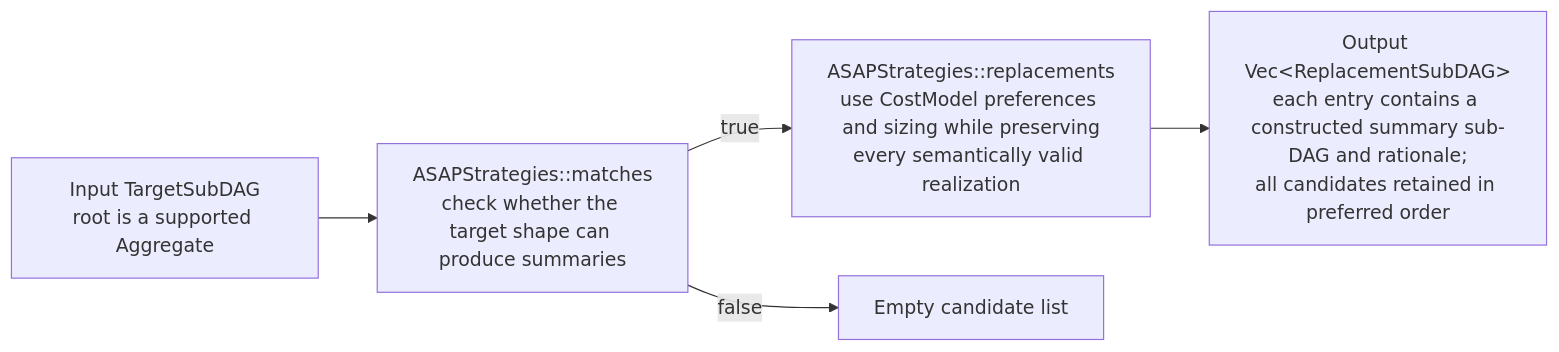
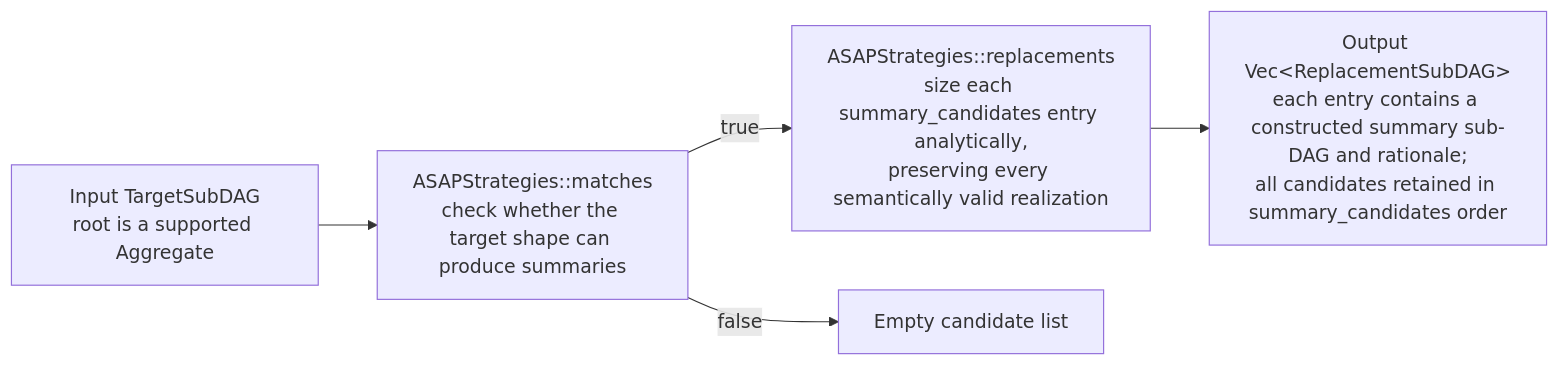
Before and after one commit to ProjectASAP/ASAPPlanner: the first of 3 diagrams in docs/develop_docs/extend-asap-aware-mapping.md, drawn with Mermaid. The commit also changed other lines of this file and 6 other files, not shown here.

````diff
--- a/docs/develop_docs/extend-asap-aware-mapping.md
+++ b/docs/develop_docs/extend-asap-aware-mapping.md
@@ -252,7 +246,7 @@
 ```mermaid
 flowchart LR
   A["Input TargetSubDAG<br/>root is a supported Aggregate"] --> B["ASAPStrategies::matches<br/>check whether the target shape can produce summaries"]
-  B -->|"true"| C["ASAPStrategies::replacements<br/>use CostModel preferences and sizing while preserving<br/>every semantically valid realization"]
+  B -->|"true"| C["ASAPStrategies::replacements<br/>size each summary_candidates entry analytically,<br/>preserving every semantically valid realization"]
   B -->|"false"| NONE["Empty candidate list"]
-  C --> F["Output Vec&lt;ReplacementSubDAG&gt;<br/>each entry contains a constructed summary sub-DAG and rationale;<br/>all candidates retained in preferred order"]
+  C --> F["Output Vec&lt;ReplacementSubDAG&gt;<br/>each entry contains a constructed summary sub-DAG and rationale;<br/>all candidates retained in summary_candidates order"]
 ```
````
